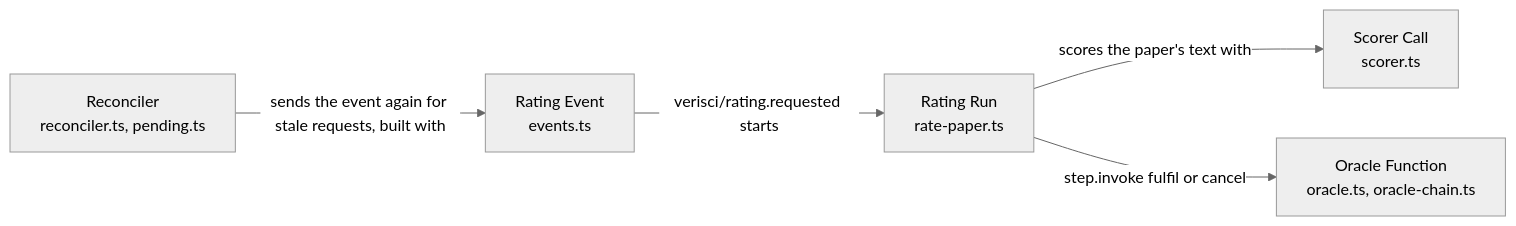
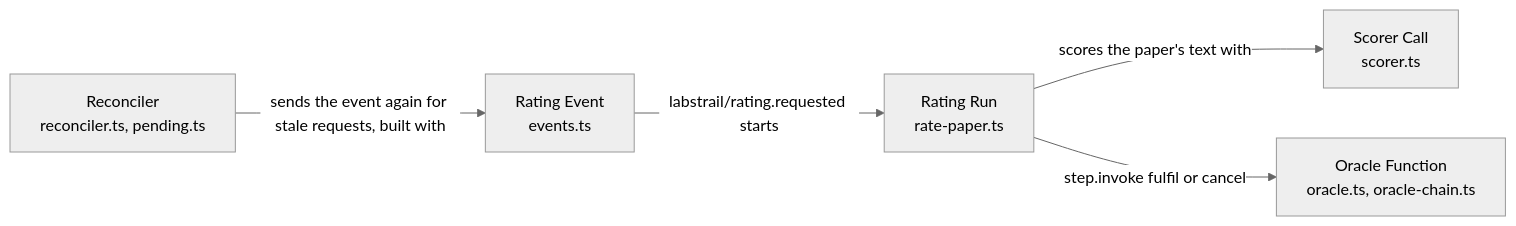
The diagram in .omm/overall-architecture/workflows/rating/diagram.mmd (SiegfriedBz/labstrail), drawn with Mermaid (neutral theme) before and after one commit. The commit also changed 264 other files, not shown here.

```diff
--- a/.omm/overall-architecture/workflows/rating/diagram.mmd
+++ b/.omm/overall-architecture/workflows/rating/diagram.mmd
@@ -1,5 +1,5 @@
 graph LR
-    events["Rating Event\nevents.ts"] -->|"verisci/rating.requested starts"| rate-paper["Rating Run\nrate-paper.ts"]
+    events["Rating Event\nevents.ts"] -->|"labstrail/rating.requested starts"| rate-paper["Rating Run\nrate-paper.ts"]
     rate-paper -->|"scores the paper's text with"| scorer["Scorer Call\nscorer.ts"]
     rate-paper -->|"step.invoke fulfil or cancel"| oracle["Oracle Function\noracle.ts, oracle-chain.ts"]
     reconciler["Reconciler\nreconciler.ts, pending.ts"] -->|"sends the event again for stale requests, built with"| events
```
